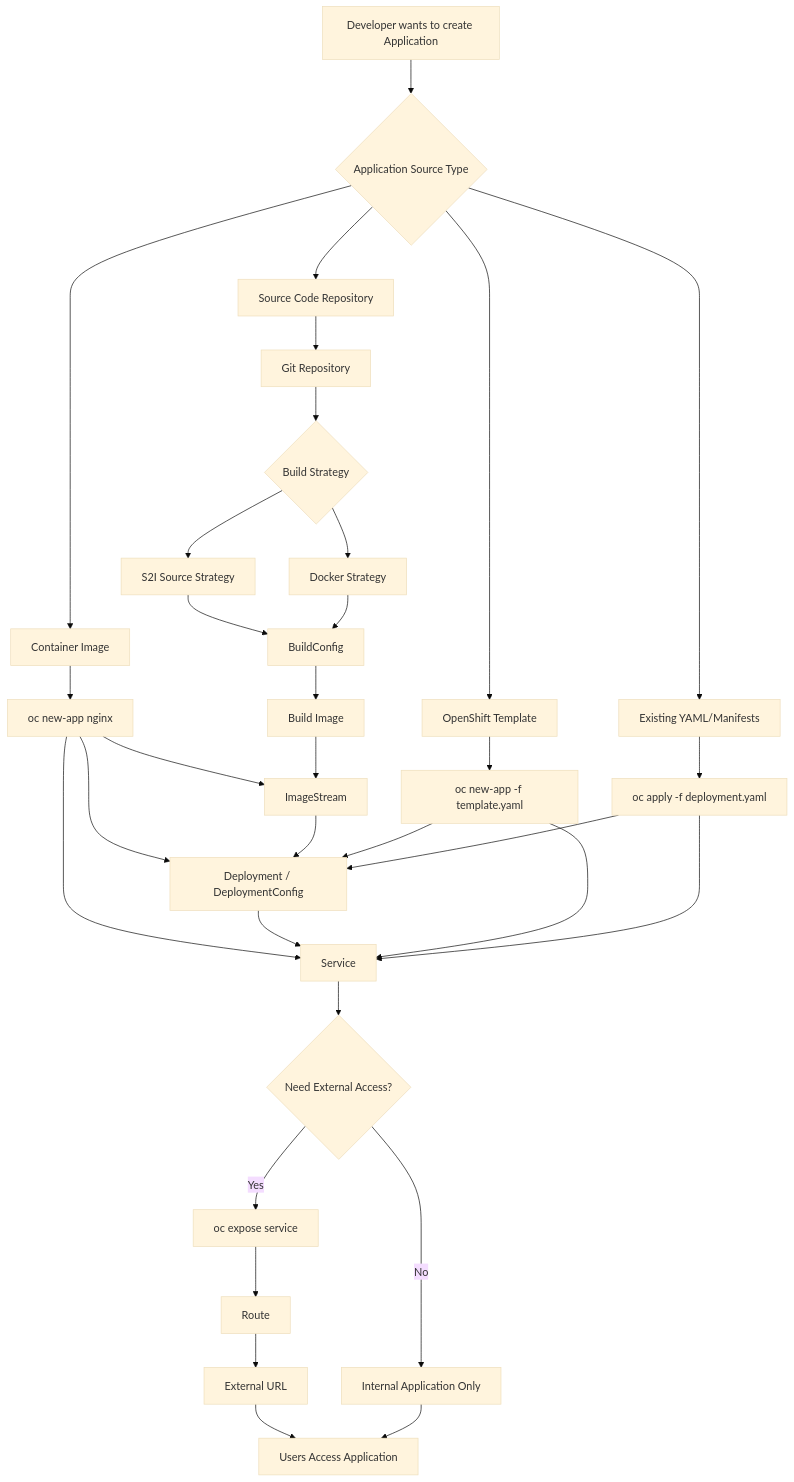
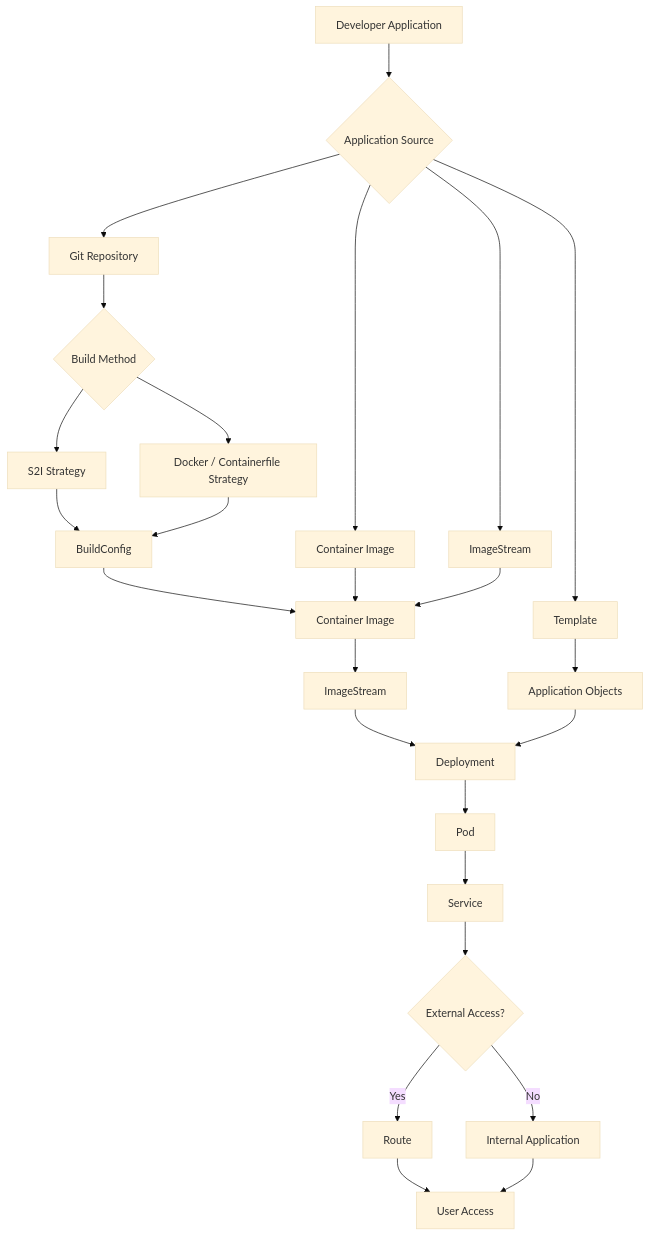
One commit to anishrana2001/Openshift changed the diagram in DO288/V.4.18/new-app.md. Above: the diagram before and after it, drawn with Mermaid (base theme). The commit also changed other lines of this file, not shown here.

````diff
--- a/DO288/V.4.18/new-app.md
+++ b/DO288/V.4.18/new-app.md
@@ -37,47 +40,44 @@
 ```mermaid
 flowchart TD
-    A[Developer wants to create Application] --> B{Application Source Type}
 
-    B --> C[Container Image]
-    B --> D[Source Code Repository]
-    B --> E[OpenShift Template]
-    B --> F[Existing YAML/Manifests]
+A[Developer Application] --> B{Application Source}
 
-    C --> C1[oc new-app nginx]
-    C1 --> G[ImageStream]
-    C1 --> H[Deployment / DeploymentConfig]
-    C1 --> I[Service]
+B --> C[Git Repository]
+B --> D[Container Image]
+B --> E[ImageStream]
+B --> F[Template]
 
-    D --> D1[Git Repository]
-    D1 --> D2{Build Strategy}
+C --> G{Build Method}
 
-    D2 --> D3[S2I Source Strategy]
-    D2 --> D4[Docker Strategy]
+G --> H[S2I Strategy]
+G --> I[Docker / Containerfile Strategy]
 
-    D3 --> J[BuildConfig]
-    D4 --> J
+H --> J[BuildConfig]
+I --> J
 
-    J --> K[Build Image]
-    K --> G
-    G --> H
-    H --> I
+J --> K[Container Image]
 
-    E --> E1[oc new-app -f template.yaml]
-    E1 --> H
-    E1 --> I
+D --> K
+E --> K
 
-    F --> F1[oc apply -f deployment.yaml]
-    F1 --> H
-    F1 --> I
+K --> L[ImageStream]
 
-    I --> L{Need External Access?}
+F --> M[Application Objects]
 
-    L -->|Yes| M[oc expose service]
-    M --> N[Route]
-    N --> O[External URL]
+L --> N[Deployment]
 
-    L -->|No| P[Internal Application Only]
+M --> N
 
-    O --> Q[Users Access Application]
-    P --> Q
+N --> O[Pod]
+
+O --> P[Service]
+
+P --> Q{External Access?}
+
+Q -->|Yes| R[Route]
+
+Q -->|No| S[Internal Application]
+
+R --> T[User Access]
+S --> T
 ```
````
